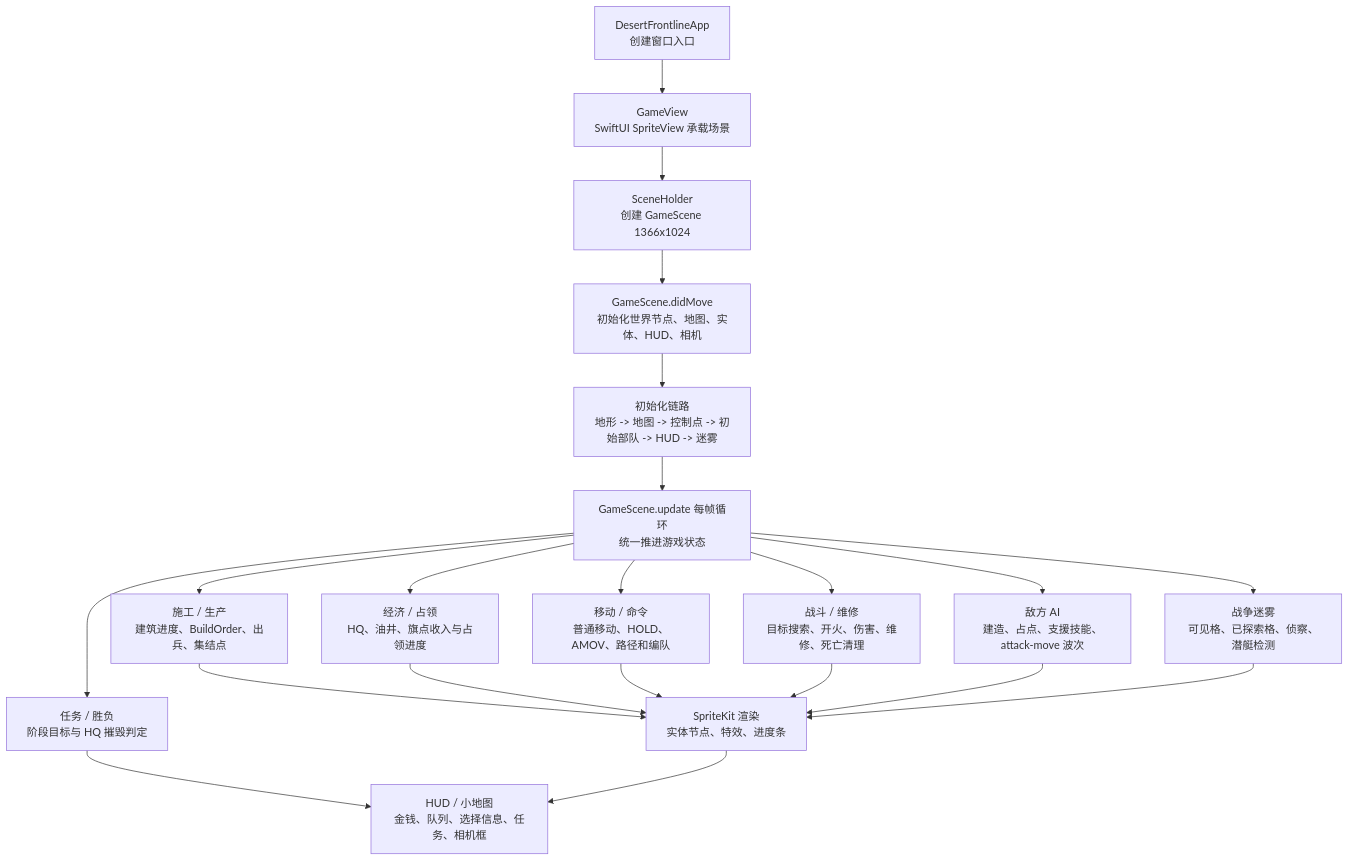
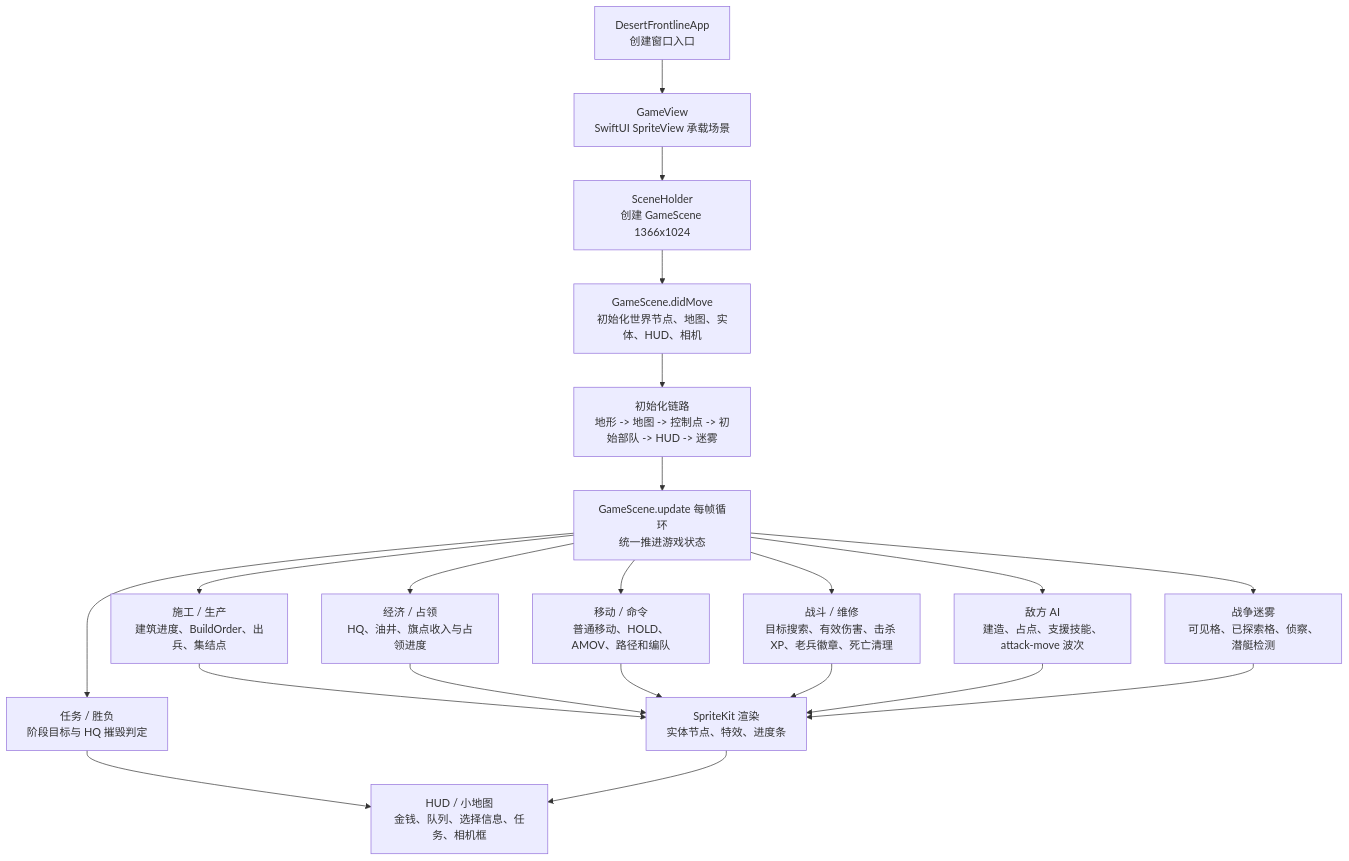
One commit to Altman-sam114/1145 changed the first of 3 diagrams in md/flow/flowchart.md. Above: the diagram before and after it, drawn with Mermaid. The commit also changed 4 other files, not shown here.

````diff
--- a/md/flow/flowchart.md
+++ b/md/flow/flowchart.md
@@ -9,23 +9,23 @@
 ```mermaid
 flowchart TD
   App["DesertFrontlineApp\n创建窗口入口"] --> View["GameView\nSwiftUI SpriteView 承载场景"]
   View --> Holder["SceneHolder\n创建 GameScene 1366x1024"]
   Holder --> Scene["GameScene.didMove\n初始化世界节点、地图、实体、HUD、相机"]
   Scene --> Init["初始化链路\n地形 -> 地图 -> 控制点 -> 初始部队 -> HUD -> 迷雾"]
   Init --> Loop["GameScene.update 每帧循环\n统一推进游戏状态"]
   Loop --> Build["施工 / 生产\n建筑进度、BuildOrder、出兵、集结点"]
   Loop --> Economy["经济 / 占领\nHQ、油井、旗点收入与占领进度"]
   Loop --> Commands["移动 / 命令\n普通移动、HOLD、AMOV、路径和编队"]
-  Loop --> Combat["战斗 / 维修\n目标搜索、开火、伤害、维修、死亡清理"]
+  Loop --> Combat["战斗 / 维修\n目标搜索、有效伤害、击杀 XP、老兵徽章、死亡清理"]
   Loop --> AI["敌方 AI\n建造、占点、支援技能、attack-move 波次"]
   Loop --> Fog["战争迷雾\n可见格、已探索格、侦察、潜艇检测"]
   Loop --> Mission["任务 / 胜负\n阶段目标与 HQ 摧毁判定"]
   Build --> Render["SpriteKit 渲染\n实体节点、特效、进度条"]
   Economy --> Render
   Commands --> Render
   Combat --> Render
   AI --> Render
   Fog --> Render
   Mission --> HUD["HUD / 小地图\n金钱、队列、选择信息、任务、相机框"]
   Render --> HUD
 ```
````
